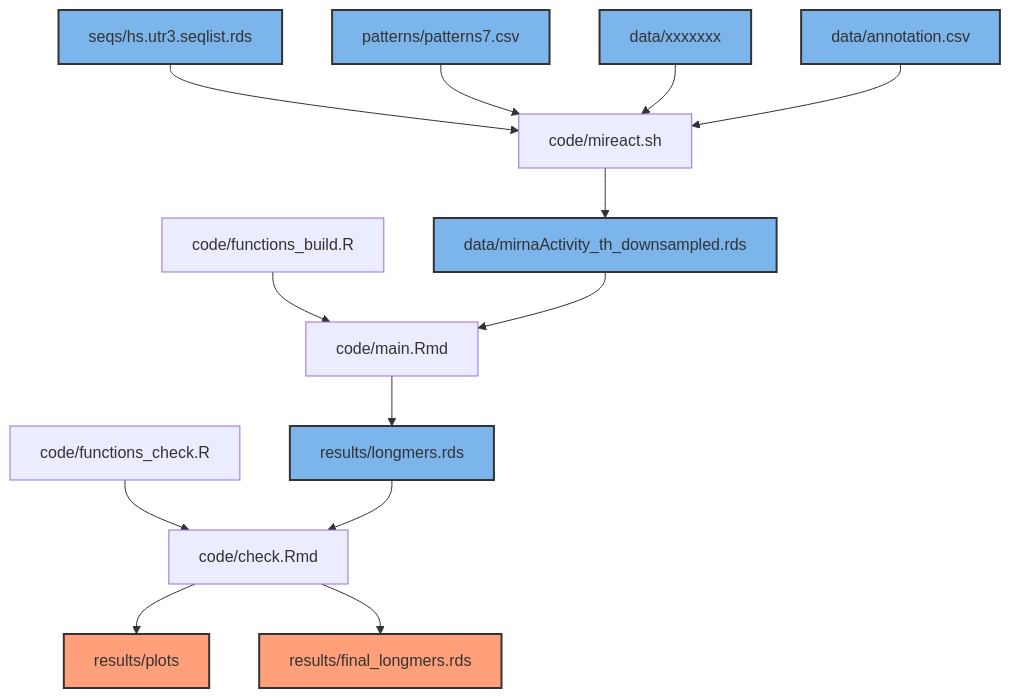
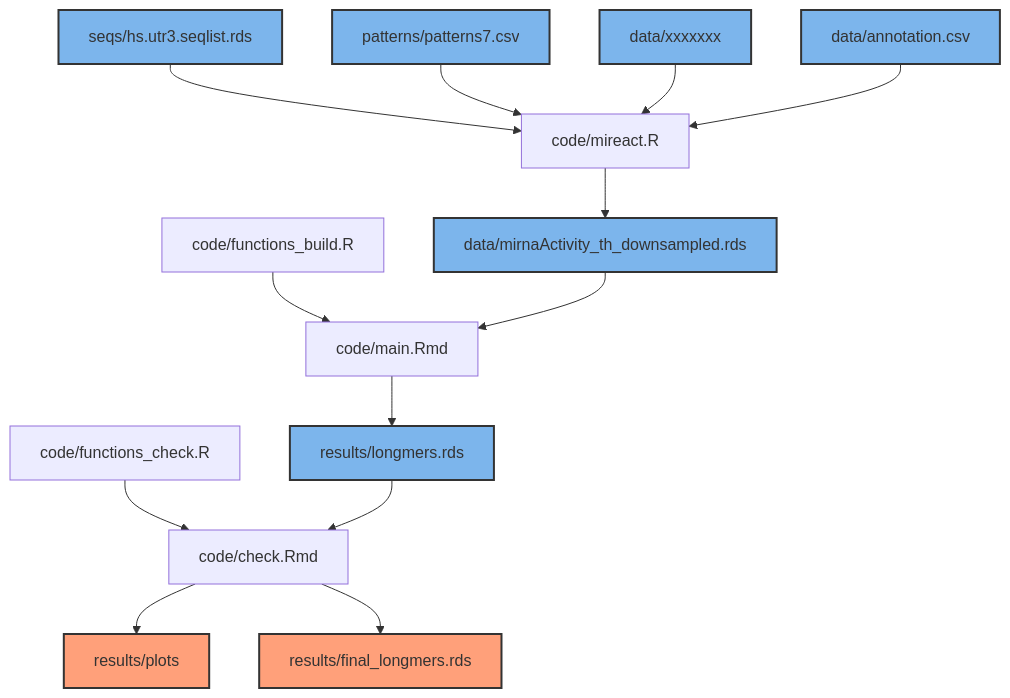
The diagram in README.md (PaulaRodrigoMartin/longermer), drawn with Mermaid before and after one commit.

````diff
--- a/README.md
+++ b/README.md
@@ -4,46 +4,46 @@
 ```mermaid
 graph TD;
     seqlist[seqs/hs.utr3.seqlist.rds]
     %%seqs[seqs/hs.utr3.seq.rds]
     mireact_input[data/xxxxxxx]
     miReact_output[data/mirnaActivity_th_downsampled.rds]
     7mers[patterns/patterns7.csv]
     annotation[data/annotation.csv]
-    miReact[code/mireact.sh]
+    miReact[code/mireact.R]
     functions[code/functions_build.R]
     functionsc[code/functions_check.R]
     main_notebook[code/main.Rmd]
     check_notebook[code/check.Rmd]
     %%GSEA[code/GSEA.Rmd]
     plots[results/plots]
     longmers[results/longmers.rds]
     finallongmers[results/final_longmers.rds]
     
 
     style seqlist fill:#7cb5ec,stroke:#333,stroke-width:2px;
     style miReact_output fill:#7cb5ec,stroke:#333,stroke-width:2px;
     style 7mers fill:#7cb5ec,stroke:#333,stroke-width:2px;
     style mireact_input fill:#7cb5ec,stroke:#333,stroke-width:2px;
     %%style seqs fill:#7cb5ec,stroke:#333,stroke-width:2px;
     style annotation fill:#7cb5ec,stroke:#333,stroke-width:2px;
     style longmers fill:#7cb5ec,stroke:#333,stroke-width:2px;
     style finallongmers fill:#FFA07A,stroke:#333,stroke-width:2px;
     style plots fill:#FFA07A,stroke:#333,stroke-width:2px;
 
 
     seqlist-->miReact
     7mers-->miReact
     mireact_input-->miReact
     annotation-->miReact
     miReact-->miReact_output
     functions-->main_notebook
     functionsc-->check_notebook
     main_notebook-->longmers
     longmers-->check_notebook
     check_notebook-->plots
     check_notebook-->finallongmers
     %%finallongmers-->GSEA
     %%seqs-->GSEA
     miReact_output-->main_notebook
 
 ```
````
